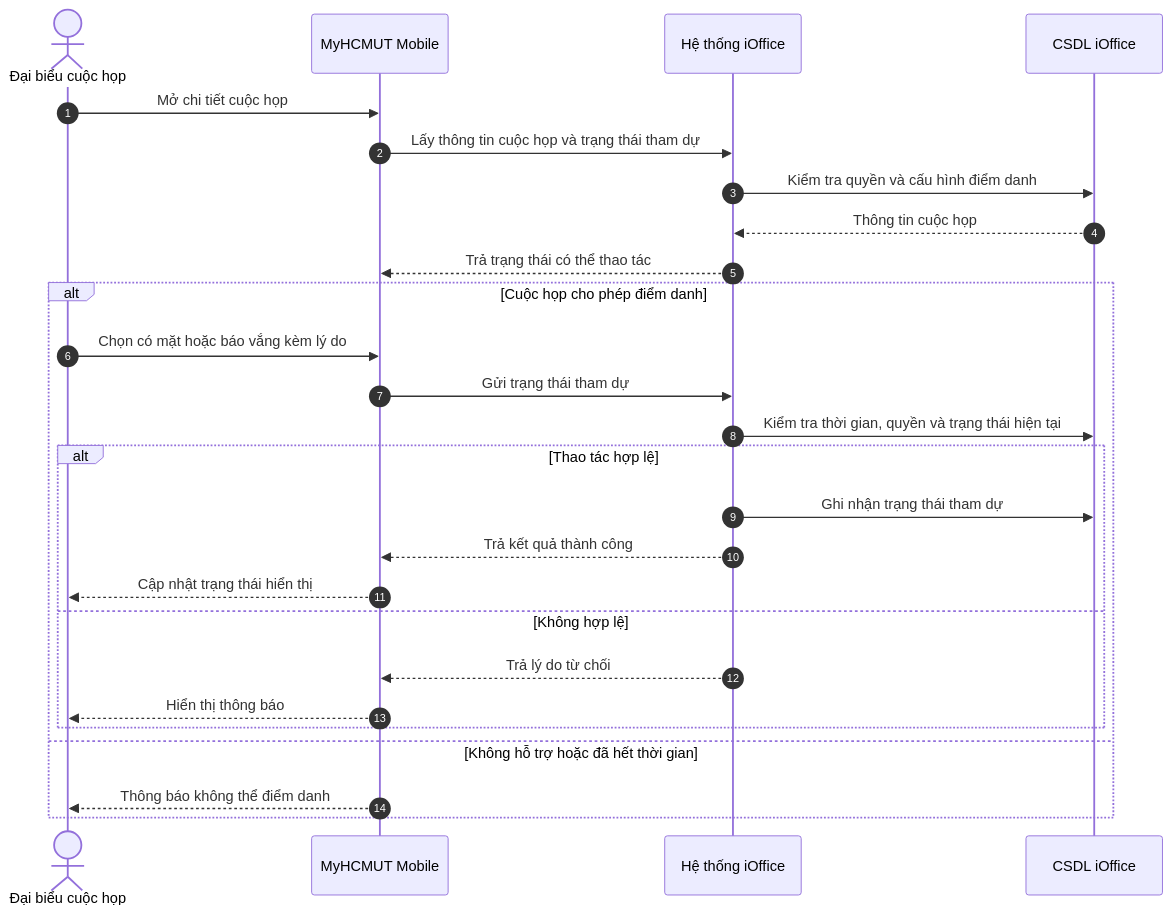
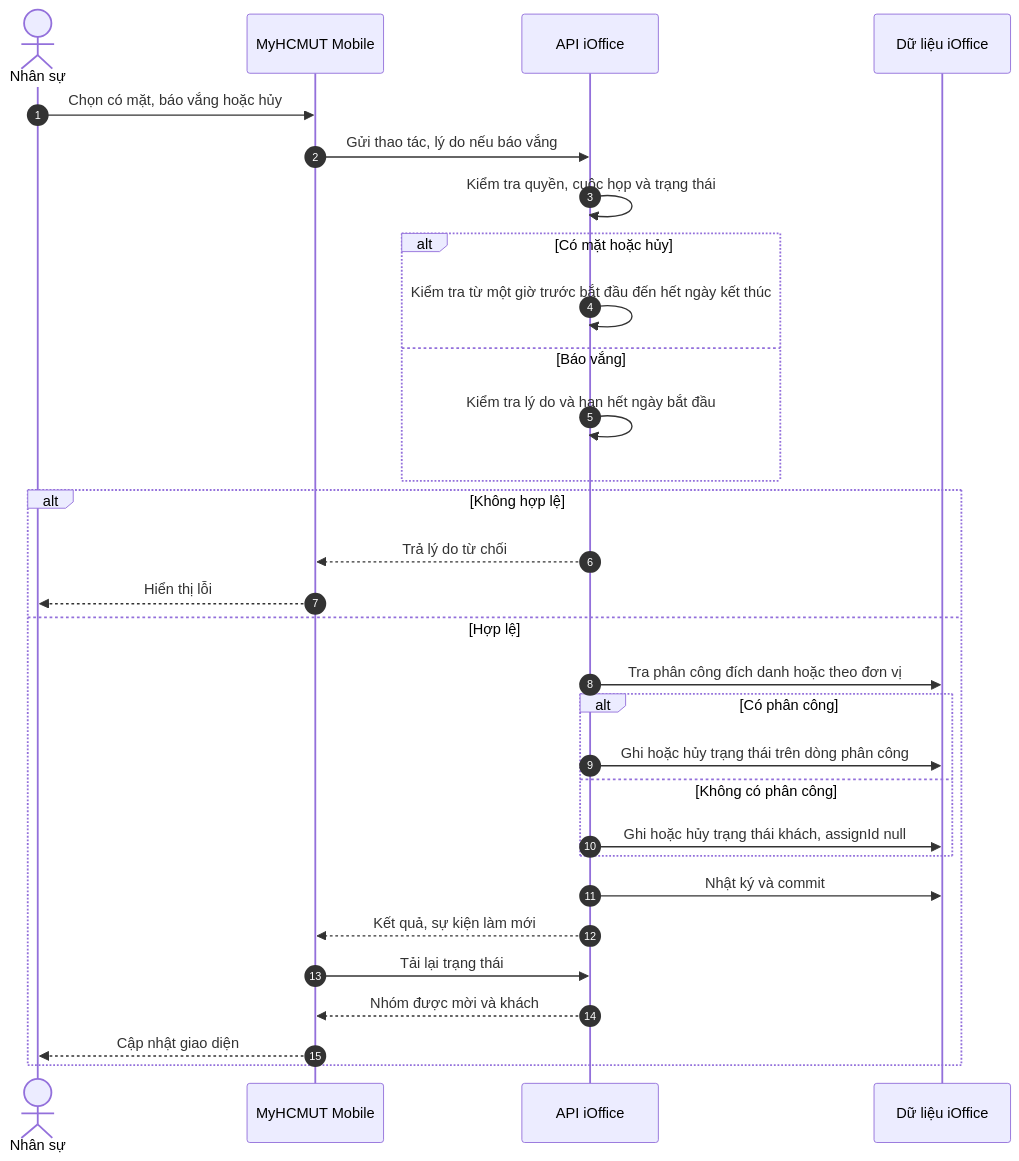
One commit to xchinh/Report-DATN changed the diagram in image/uml/seq_attendance.mmd. Above: the diagram before and after it, drawn with Mermaid. The commit also changed 42 other files, not shown here.

```diff
--- a/image/uml/seq_attendance.mmd
+++ b/image/uml/seq_attendance.mmd
@@ -1,27 +1,30 @@
 sequenceDiagram
-    autonumber
-    actor User as Đại biểu cuộc họp
-    participant App as MyHCMUT Mobile
-    participant IOffice as Hệ thống iOffice
-    participant DB as CSDL iOffice
-
-    User->>App: Mở chi tiết cuộc họp
-    App->>IOffice: Lấy thông tin cuộc họp và trạng thái tham dự
-    IOffice->>DB: Kiểm tra quyền và cấu hình điểm danh
-    DB-->>IOffice: Thông tin cuộc họp
-    IOffice-->>App: Trả trạng thái có thể thao tác
-    alt Cuộc họp cho phép điểm danh
-        User->>App: Chọn có mặt hoặc báo vắng kèm lý do
-        App->>IOffice: Gửi trạng thái tham dự
-        IOffice->>DB: Kiểm tra thời gian, quyền và trạng thái hiện tại
-        alt Thao tác hợp lệ
-            IOffice->>DB: Ghi nhận trạng thái tham dự
-            IOffice-->>App: Trả kết quả thành công
-            App-->>User: Cập nhật trạng thái hiển thị
-        else Không hợp lệ
-            IOffice-->>App: Trả lý do từ chối
-            App-->>User: Hiển thị thông báo
-        end
-    else Không hỗ trợ hoặc đã hết thời gian
-        App-->>User: Thông báo không thể điểm danh
-    end
+ autonumber
+ actor User as Nhân sự
+ participant App as MyHCMUT Mobile
+ participant API as API iOffice
+ participant DB as Dữ liệu iOffice
+ User->>App: Chọn có mặt, báo vắng hoặc hủy
+ App->>API: Gửi thao tác, lý do nếu báo vắng
+ API->>API: Kiểm tra quyền, cuộc họp và trạng thái
+ alt Có mặt hoặc hủy
+  API->>API: Kiểm tra từ một giờ trước bắt đầu đến hết ngày kết thúc
+ else Báo vắng
+  API->>API: Kiểm tra lý do và hạn hết ngày bắt đầu
+ end
+ alt Không hợp lệ
+  API-->>App: Trả lý do từ chối
+  App-->>User: Hiển thị lỗi
+ else Hợp lệ
+  API->>DB: Tra phân công đích danh hoặc theo đơn vị
+  alt Có phân công
+   API->>DB: Ghi hoặc hủy trạng thái trên dòng phân công
+  else Không có phân công
+   API->>DB: Ghi hoặc hủy trạng thái khách, assignId null
+  end
+  API->>DB: Nhật ký và commit
+  API-->>App: Kết quả, sự kiện làm mới
+  App->>API: Tải lại trạng thái
+  API-->>App: Nhóm được mời và khách
+  App-->>User: Cập nhật giao diện
+ end
```
